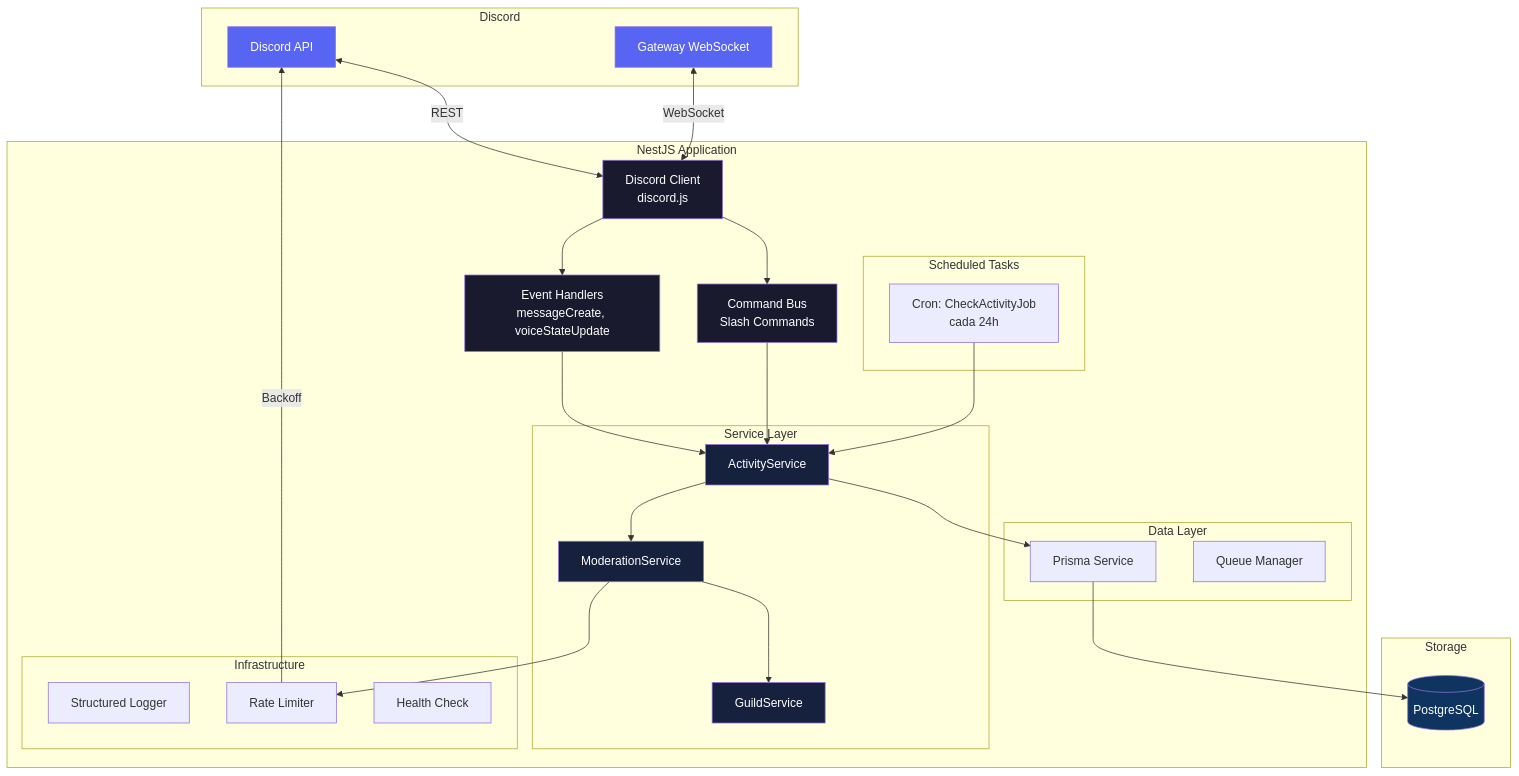
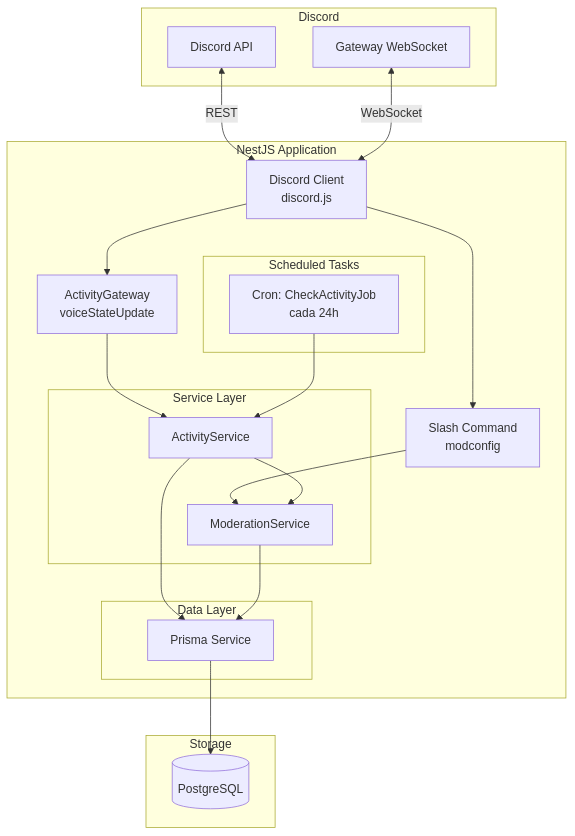
Before and after one commit to Rest02/bot_discord: the first of 2 diagrams in Matias_Rodriguez/00-analisis-estructura/Arquitectura Bot Discord.md, drawn with Mermaid. The commit also changed other lines of this file and 29 other files, not shown here.

Commit message:
feat(bot_discord): implement Discord moderation bot with voice activity tracking, automated kick/ban, and Prisma backend

````diff
--- a/Matias_Rodriguez/00-analisis-estructura/Arquitectura Bot Discord.md
+++ b/Matias_Rodriguez/00-analisis-estructura/Arquitectura Bot Discord.md
@@ -60,61 +60,42 @@
 ```mermaid
 graph TB
     subgraph Discord
         API[Discord API]
         GW[Gateway WebSocket]
     end
 
     subgraph Bot[NestJS Application]
         Client[Discord Client<br/>discord.js]
-        Handler[Event Handlers<br/>messageCreate, voiceStateUpdate]
-        CMD[Command Bus<br/>Slash Commands]
+        AG[ActivityGateway<br/>voiceStateUpdate]
+        CMD[Slash Command<br/>modconfig]
         
         subgraph Services[Service Layer]
             AS[ActivityService]
             MS[ModerationService]
-            GS[GuildService]
         end
 
         subgraph Jobs[Scheduled Tasks]
             CRON[Cron: CheckActivityJob<br/>cada 24h]
         end
 
         subgraph DB[Data Layer]
             PR[Prisma Service]
-            Q[Queue Manager]
-        end
-
-        subgraph Infra[Infrastructure]
-            LOG[Structured Logger]
-            RL[Rate Limiter]
-            HEALTH[Health Check]
         end
     end
 
     subgraph Storage
         PG[(PostgreSQL)]
     end
 
     API <-->|REST| Client
     GW <-->|WebSocket| Client
-    Client --> Handler
+    Client --> AG
     Client --> CMD
-    Handler --> AS
-    CMD --> AS
+    AG --> AS
+    CMD --> MS
     AS --> MS
-    MS --> GS
+    CRON --> AS
     AS --> PR
-    CRON --> AS
+    MS --> PR
     PR --> PG
-    MS --> RL
-    RL -->|Backoff| API
-
-    classDef discord fill:#5865F2,color:#fff
-    classDef bot fill:#1a1a2e,color:#fff
-    classDef service fill:#16213e,color:#fff
-    classDef storage fill:#0f3460,color:#fff
-    class API,GW discord
-    class Client,Handler,CMD bot
-    class AS,MS,GS service
-    class PG storage
 ```
````
